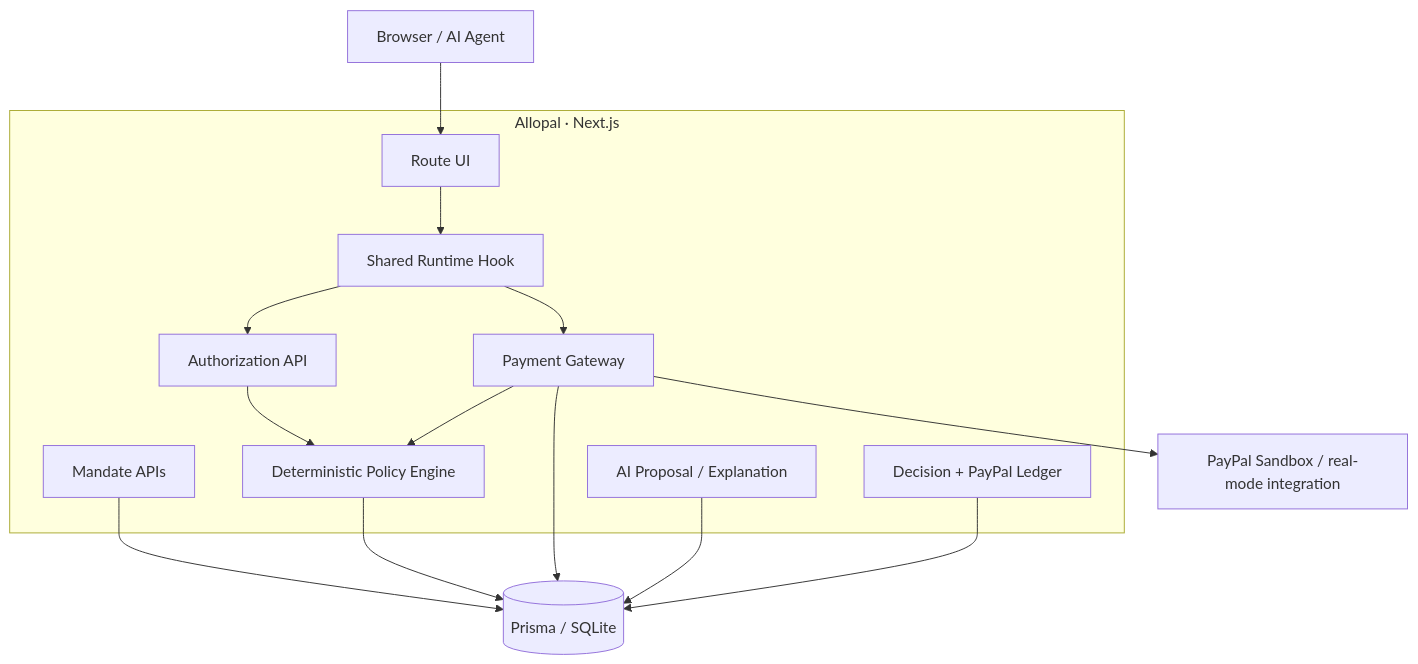
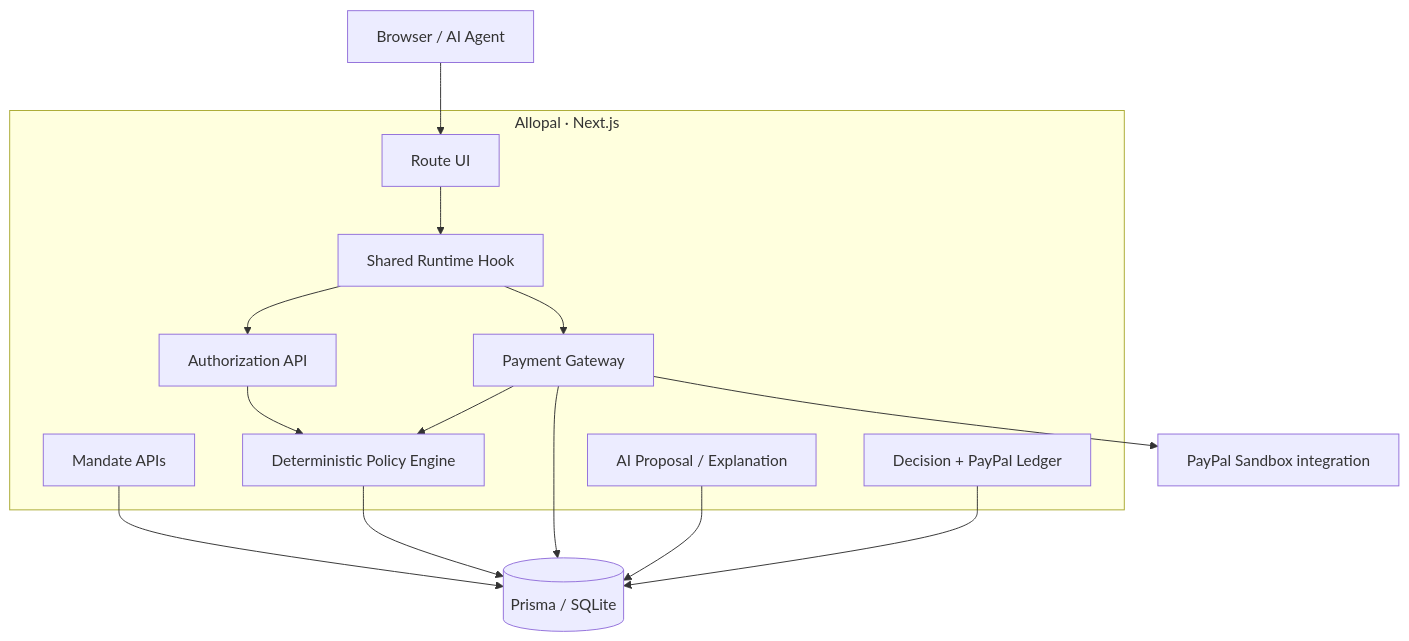
One commit to Tajudeeen/allopal changed the third of 5 diagrams in README.md. Above: the diagram before and after it, drawn with Mermaid. The commit also changed other lines of this file, not shown here.

Commit message:
document PayPal AI hackathon submission readiness

```diff
--- a/README.md
+++ b/README.md
@@ -331,31 +377,31 @@
 ~~~mermaid
 flowchart TB
     Client["Browser / AI Agent"]
 
     subgraph Allopal["Allopal · Next.js"]
         UI["Route UI"]
         Runtime["Shared Runtime Hook"]
         Auth["Authorization API"]
         Pay["Payment Gateway"]
         Mandates["Mandate APIs"]
         AI["AI Proposal / Explanation"]
         Policy["Deterministic Policy Engine"]
         Ledger["Decision + PayPal Ledger"]
     end
 
     DB[("Prisma / SQLite")]
-    PayPal["PayPal Sandbox / real-mode integration"]
+    PayPal["PayPal Sandbox integration"]
 
     Client --> UI
     UI --> Runtime
     Runtime --> Auth
     Runtime --> Pay
     Auth --> Policy
     Pay --> Policy
     Mandates --> DB
     Policy --> DB
     Pay --> DB
     Pay --> PayPal
     AI --> DB
     Ledger --> DB
 ~~~
```
